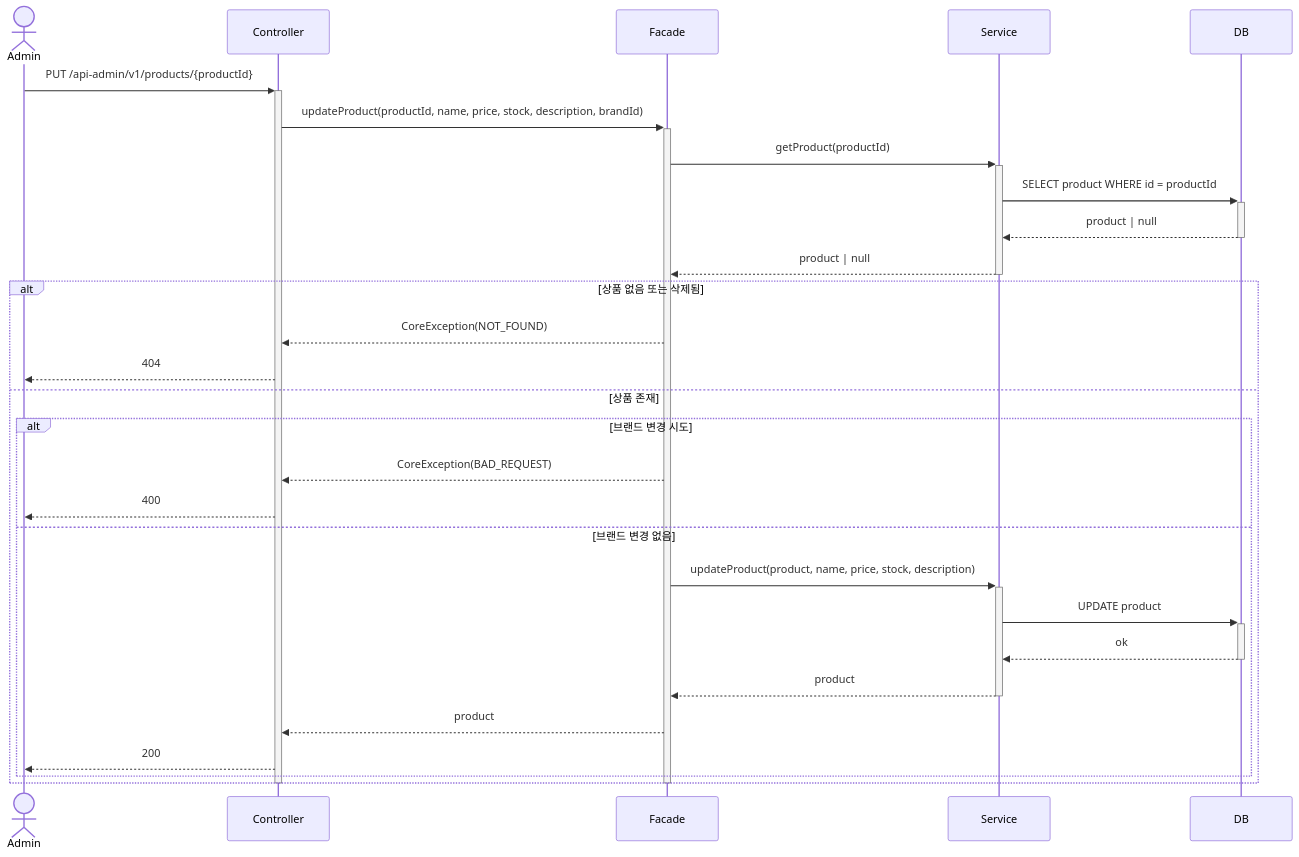
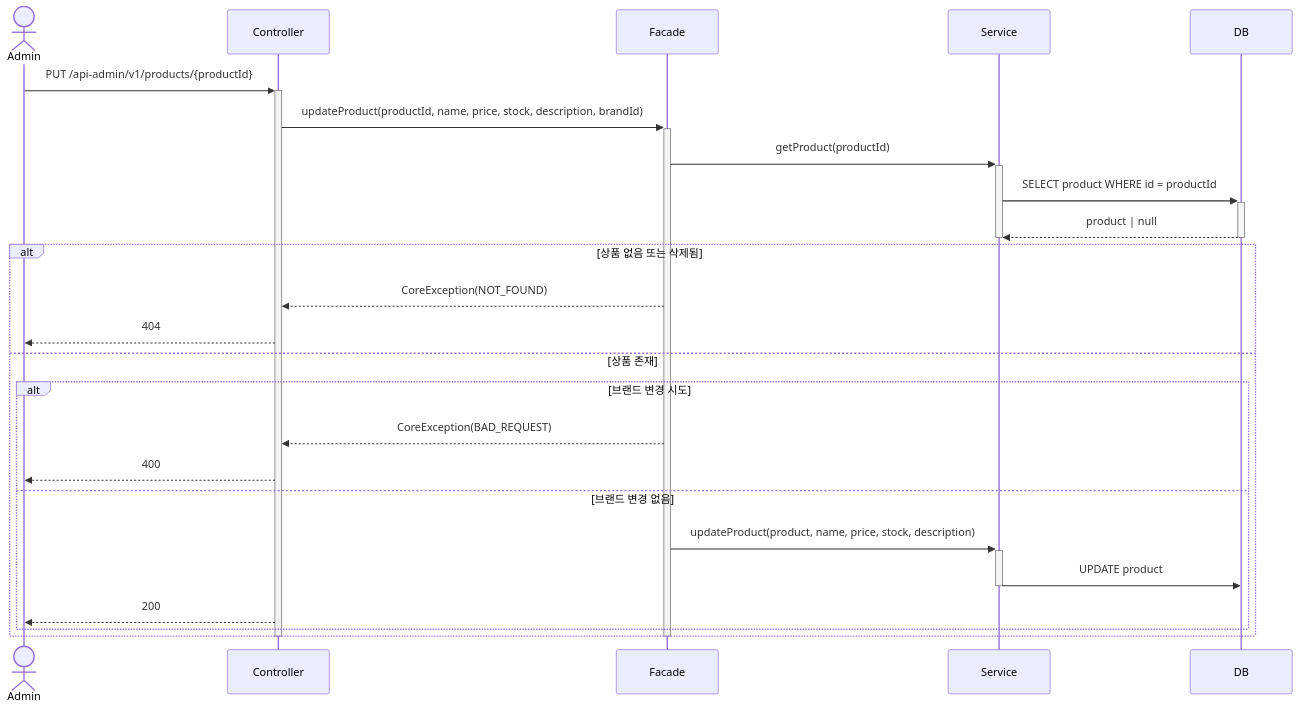
Before and after one commit to loopers-labs/loop-pack-be-l2-vol4-java: diagram 18 of 21 in .docs/design/02-sequence-diagrams.md, drawn with Mermaid. The commit also changed other lines of this file and 2 other files, not shown here.

Commit message:
docs: 시퀀스 다이어그램 activation bar 추가 및 설계 보완

````diff
--- a/.docs/design/02-sequence-diagrams.md
+++ b/.docs/design/02-sequence-diagrams.md
@@ -534,34 +528,32 @@
 ```mermaid
 sequenceDiagram
     actor Admin
     participant Controller
     participant Facade
     participant Service
     participant DB
 
     Admin->>+Controller: PUT /api-admin/v1/products/{productId}
     Controller->>+Facade: updateProduct(productId, name, price, stock, description, brandId)
     Facade->>+Service: getProduct(productId)
     Service->>+DB: SELECT product WHERE id = productId
     DB-->>-Service: product | null
-    Service-->>-Facade: product | null
+    deactivate Service
 
     alt 상품 없음 또는 삭제됨
         Facade-->>Controller: CoreException(NOT_FOUND)
         Controller-->>Admin: 404
     else 상품 존재
         alt 브랜드 변경 시도
             Facade-->>Controller: CoreException(BAD_REQUEST)
             Controller-->>Admin: 400
         else 브랜드 변경 없음
             Facade->>+Service: updateProduct(product, name, price, stock, description)
-            Service->>+DB: UPDATE product
-            DB-->>-Service: ok
-            Service-->>-Facade: product
-            Facade-->>Controller: product
+            Service->>DB: UPDATE product
+            deactivate Service
             Controller-->>Admin: 200
         end
     end
     deactivate Facade
     deactivate Controller
 ```
````
